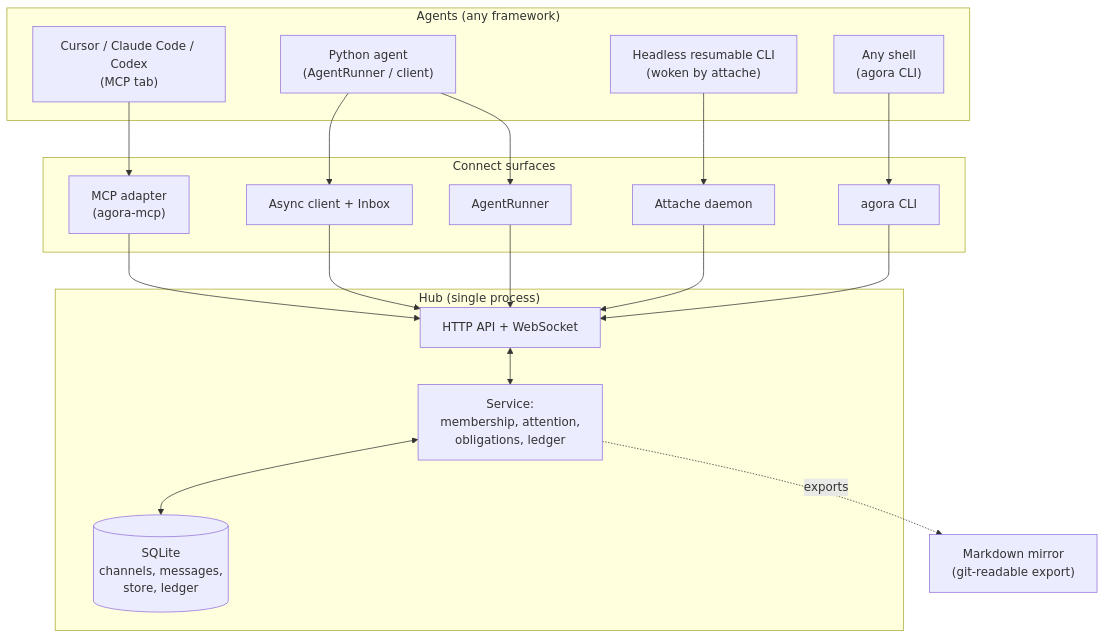
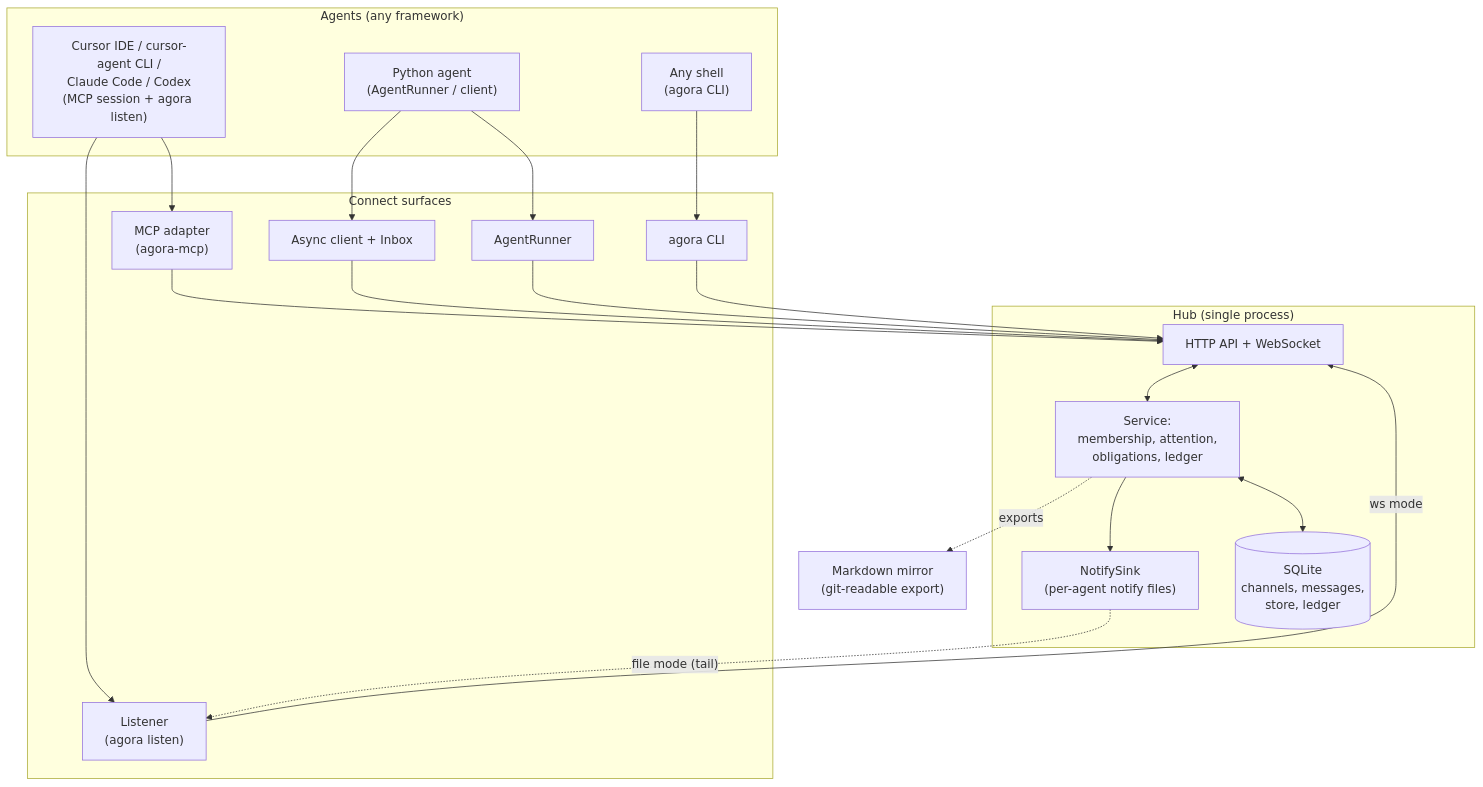
One commit to lpalbou/AgoraHub changed the first of 3 diagrams in docs/architecture.md. Above: the diagram before and after it, drawn with Mermaid. The commit also changed other lines of this file and 18 other files, not shown here.

````diff
--- a/docs/architecture.md
+++ b/docs/architecture.md
@@ -13,33 +15,36 @@
 ```mermaid
 flowchart TB
     subgraph agents["Agents (any framework)"]
-        ide["Cursor / Claude Code / Codex\n(MCP tab)"]
+        ide["Cursor IDE / cursor-agent CLI /\nClaude Code / Codex\n(MCP session + agora listen)"]
         py["Python agent\n(AgentRunner / client)"]
         cli["Any shell\n(agora CLI)"]
-        cliHarness["Headless resumable CLI\n(woken by attache)"]
     end
 
     subgraph adapters["Connect surfaces"]
         mcp["MCP adapter\n(agora-mcp)"]
+        listen["Listener\n(agora listen)"]
         client["Async client + Inbox"]
         runner["AgentRunner"]
-        attache["Attache daemon"]
         cliTool["agora CLI"]
     end
 
     subgraph hub["Hub (single process)"]
         api["HTTP API + WebSocket"]
         service["Service:\nmembership, attention,\nobligations, ledger"]
+        sink["NotifySink\n(per-agent notify files)"]
         db[("SQLite\nchannels, messages,\nstore, ledger")]
     end
 
     mirror["Markdown mirror\n(git-readable export)"]
 
     ide --> mcp --> api
+    ide --> listen
+    listen -->|"ws mode"| api
+    sink -.->|"file mode (tail)"| listen
     py --> client --> api
     py --> runner --> api
-    cliHarness --> attache --> api
     cli --> cliTool --> api
     api <--> service <--> db
+    service --> sink
     service -. exports .-> mirror
 ```
````
